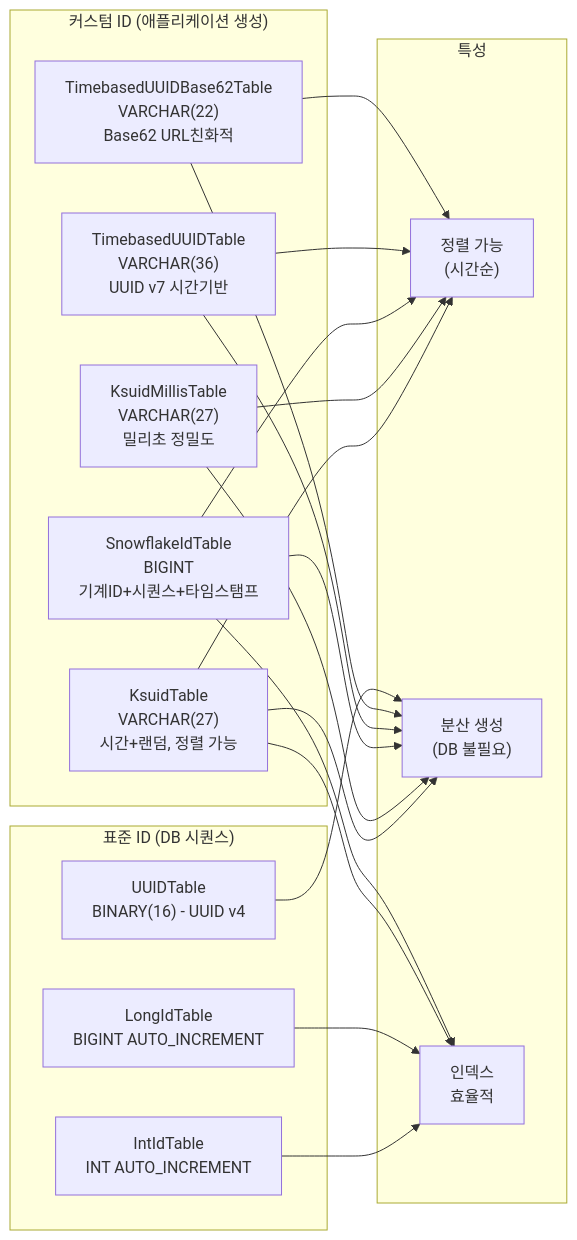
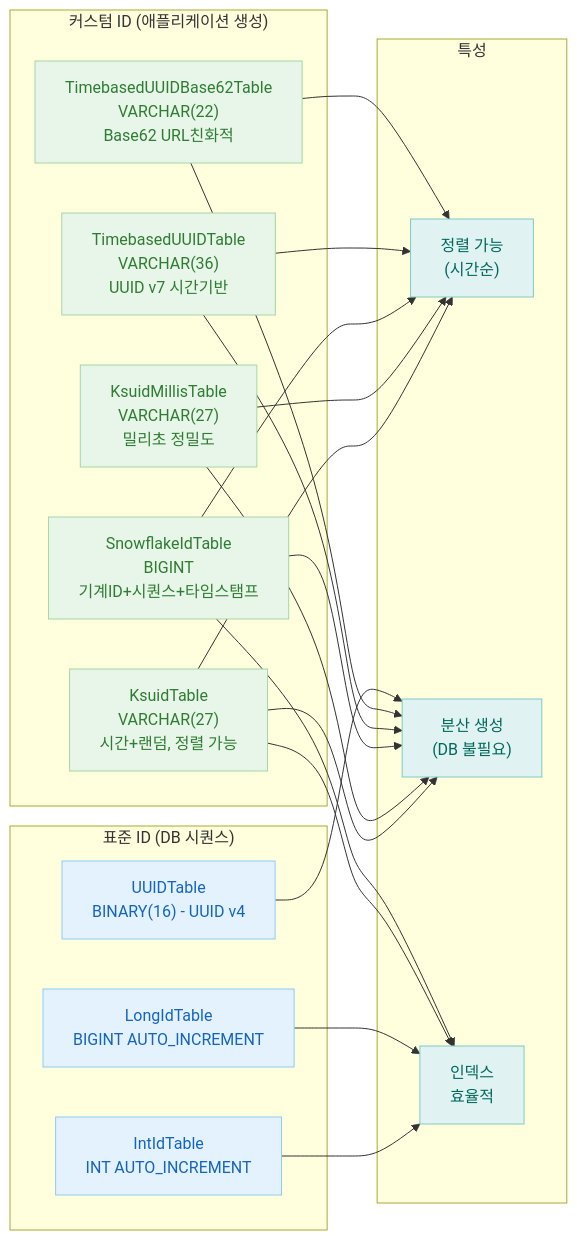
Before and after one commit to bluetape4k/exposed-workshop: the second of 2 diagrams in 06-advanced/07-custom-entities/README.md, drawn with Mermaid. The commit also changed other lines of this file and 56 other files, not shown here.

First line of the commit message:
docs: 전체 README mermaid 다이어그램에 파스텔 톤 색상 적용

````diff
--- a/06-advanced/07-custom-entities/README.md
+++ b/06-advanced/07-custom-entities/README.md
@@ -67,26 +74,34 @@
 ```mermaid
 flowchart LR
     subgraph Standard["표준 ID (DB 시퀀스)"]
         INT["IntIdTable\nINT AUTO_INCREMENT"]
         LONG["LongIdTable\nBIGINT AUTO_INCREMENT"]
         UUID4["UUIDTable\nBINARY(16) - UUID v4"]
     end
 
     subgraph Custom["커스텀 ID (애플리케이션 생성)"]
         KSUID["KsuidTable\nVARCHAR(27)\n시간+랜덤, 정렬 가능"]
         KSUIDM["KsuidMillisTable\nVARCHAR(27)\n밀리초 정밀도"]
         SNOW["SnowflakeIdTable\nBIGINT\n기계ID+시퀀스+타임스탬프"]
         UUIDV7["TimebasedUUIDTable\nVARCHAR(36)\nUUID v7 시간기반"]
         B62["TimebasedUUIDBase62Table\nVARCHAR(22)\nBase62 URL친화적"]
     end
 
     subgraph Props["특성"]
         SORT["정렬 가능\n(시간순)"]
         DIST["분산 생성\n(DB 불필요)"]
         IDX["인덱스\n효율적"]
     end
 
     KSUID & KSUIDM & SNOW & UUIDV7 & B62 --> SORT
     KSUID & KSUIDM & SNOW & UUIDV7 & B62 & UUID4 --> DIST
     INT & LONG & KSUID & SNOW --> IDX
+
+    classDef blue fill:#E3F2FD,stroke:#90CAF9,color:#1565C0
+    classDef green fill:#E8F5E9,stroke:#A5D6A7,color:#2E7D32
+    classDef teal fill:#E0F2F1,stroke:#80CBC4,color:#00695C
+
+    class INT,LONG,UUID4 blue
+    class KSUID,KSUIDM,SNOW,UUIDV7,B62 green
+    class SORT,DIST,IDX teal
 ```
````
